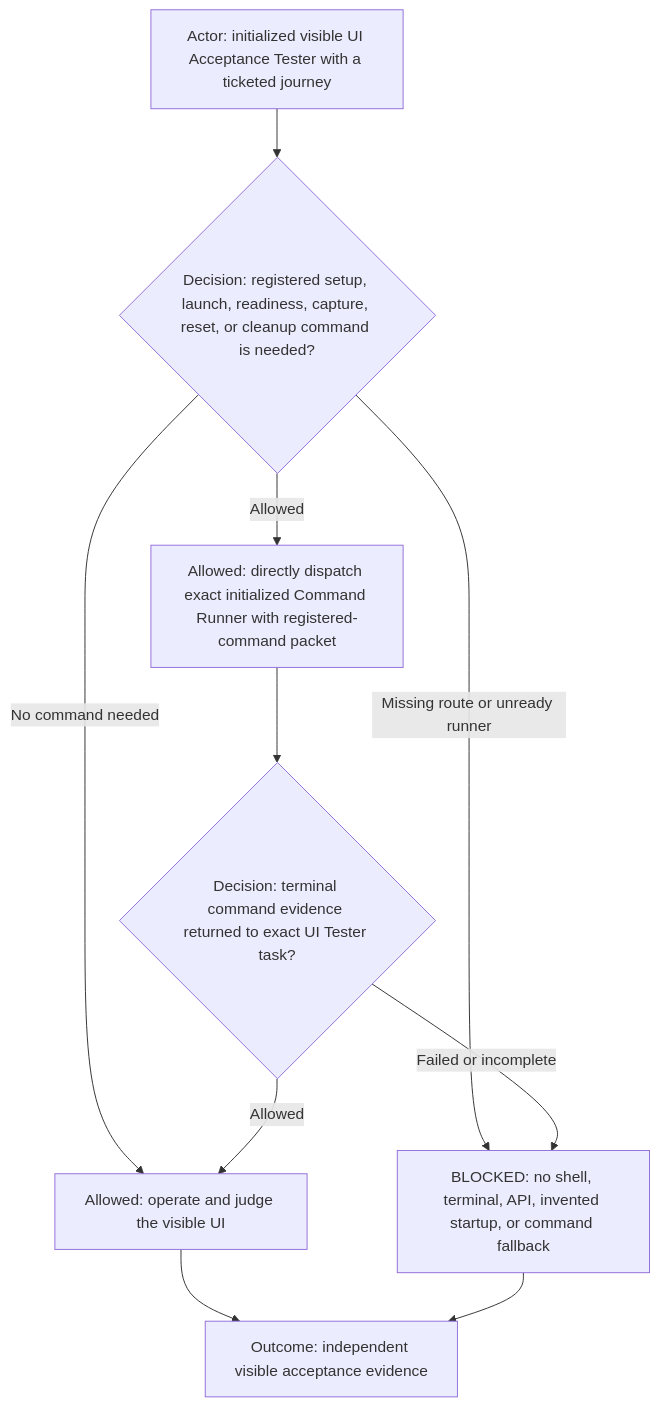
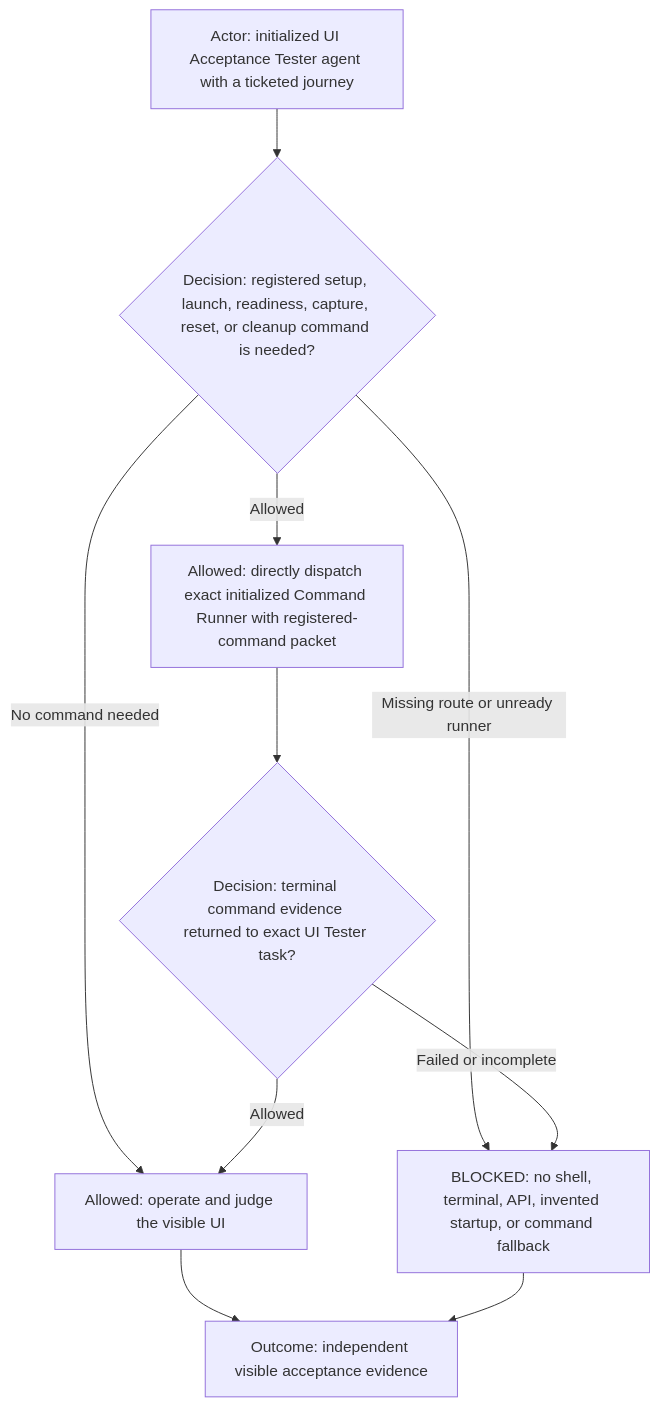
The seventh of 8 diagrams in ai-workflows/_common/roles/ui-acceptance-tester.md (starodubtsevconsulting/ai-fleas), drawn with Mermaid before and after one commit. The commit also changed other lines of this file and 15 other files, not shown here.

````diff
--- a/ai-workflows/_common/roles/ui-acceptance-tester.md
+++ b/ai-workflows/_common/roles/ui-acceptance-tester.md
@@ -156,12 +156,12 @@
 ```mermaid
 flowchart TD
-  Actor["Actor: initialized visible UI Acceptance Tester with a ticketed journey"] --> Decision{"Decision: registered setup, launch, readiness, capture, reset, or cleanup command is needed?"}
+  Actor["Actor: initialized UI Acceptance Tester agent with a ticketed journey"] --> Decision{"Decision: registered setup, launch, readiness, capture, reset, or cleanup command is needed?"}
   Decision -->|Allowed| Runner["Allowed: directly dispatch exact initialized Command Runner with registered-command packet"]
   Decision -->|No command needed| UI["Allowed: operate and judge the visible UI"]
   Decision -->|Missing route or unready runner| Blocked["BLOCKED: no shell, terminal, API, invented startup, or command fallback"]
   Runner --> Receipt{"Decision: terminal command evidence returned to exact UI Tester task?"}
   Receipt -->|Allowed| UI
   Receipt -->|Failed or incomplete| Blocked
   UI --> Outcome["Outcome: independent visible acceptance evidence"]
   Blocked --> Outcome
 ```
````
